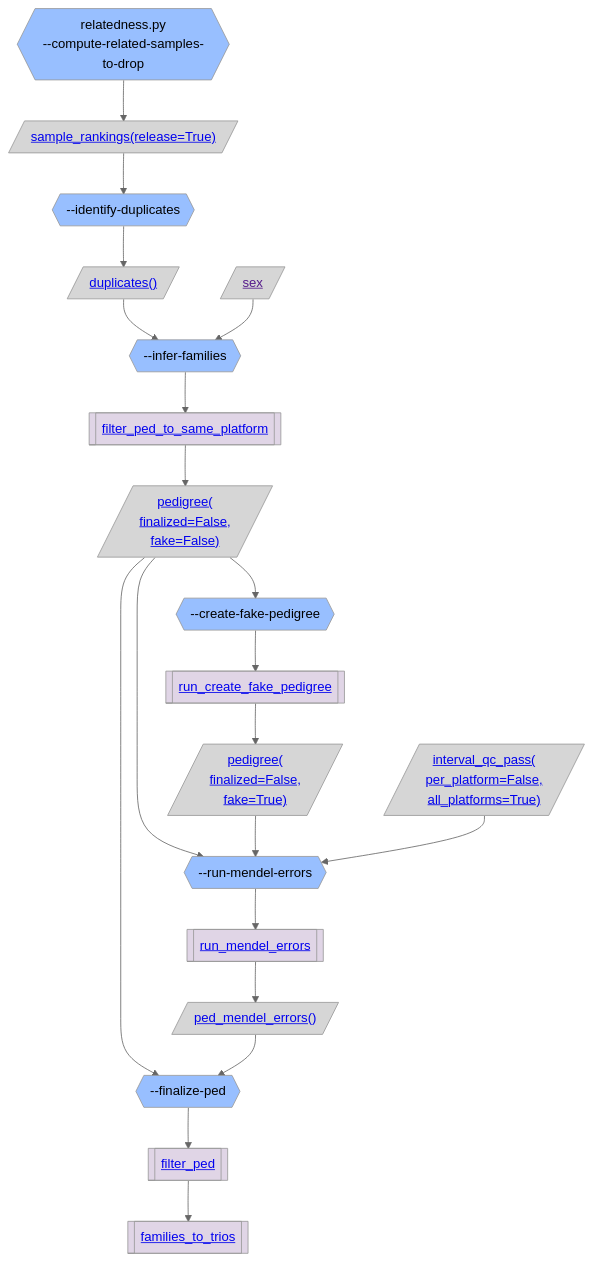
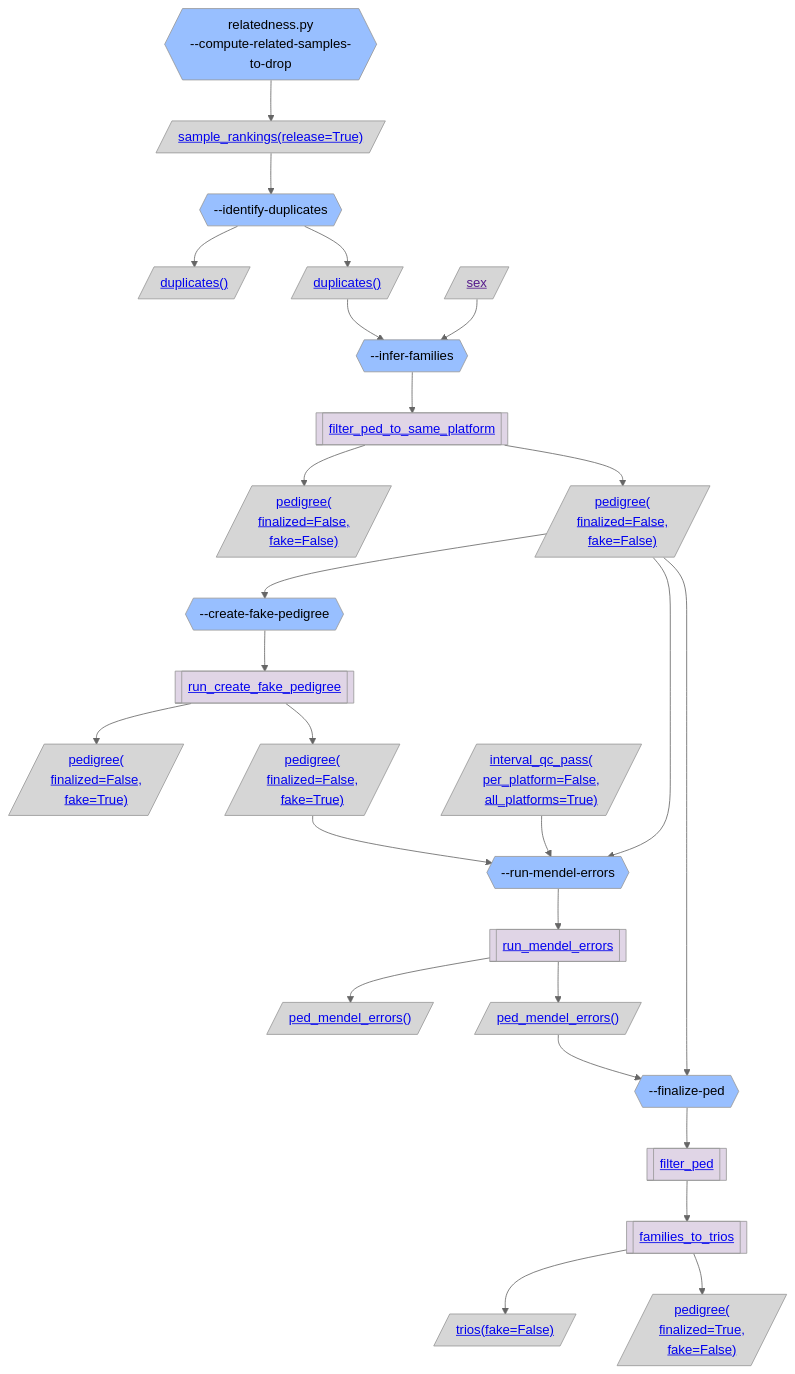
The fourth of 4 diagrams in gnomad_qc/v4/sample_qc/README.md (broadinstitute/gnomad_qc), drawn with Mermaid (neutral theme) before and after one commit. The commit also changed other lines of this file and 3 other files, not shown here.

````diff
--- a/gnomad_qc/v4/sample_qc/README.md
+++ b/gnomad_qc/v4/sample_qc/README.md
@@ -384,55 +425,73 @@
 ```mermaid
 flowchart TB;
   classDef script_color fill:#2C5D4A,color:#000000
   classDef step_color fill:#98BFFF,color:#000000
   classDef func_color fill:#E0D5E6,color:#000000
   classDef gnomad_methods_color fill:#F9F2CE,color:#000000
   classDef hail_color fill:#FAEACE,color:#000000
   classDef resource_color fill:#D6D6D6,color:#000000
   classDef validity_check_color fill:#2C5D4A,color:#000000
 
   step_compute_related_samples_to_drop{{"relatedness.py
 --compute-related-samples-to-drop"}}:::step_color;
   resource_sample_rankings_release_True[/"<a href='https://github.com/broadinstitute/gnomad_qc/tree/main/gnomad_qc/v4/resources/sample_qc.py#L547'>sample_rankings(release=True)</a>"/]:::resource_color;
   step_identify_duplicates{{"--identify-duplicates"}}:::step_color;
+  duplicates_[/"<a href='https://github.com/broadinstitute/gnomad_qc/tree/main/gnomad_qc/v4/resources/sample_qc.py#L895'>duplicates()</a>"/]:::resource_color;
   resource_duplicates_[/"<a href='https://github.com/broadinstitute/gnomad_qc/tree/main/gnomad_qc/v4/resources/sample_qc.py#L895'>duplicates()</a>"/]:::resource_color;
   step_infer_families{{"--infer-families"}}:::step_color;
   func_filter_ped_to_same_platform[["<a href='https://github.com/broadinstitute/gnomad_qc/tree/main/gnomad_qc/v4/sample_qc/identify_trios.py#L188'>filter_ped_to_same_platform</a>"]]:::func_color;
+  pedigree_finalized_False_fake_False[/"<a href='https://github.com/broadinstitute/gnomad_qc/tree/main/gnomad_qc/v4/resources/sample_qc.py#L913'>pedigree(
+finalized=False,
+fake=False)</a>"/]:::resource_color;
   resource_sex[/"<a href=''>sex</a>"/]:::resource_color;
   resource_pedigree_finalized_False_fake_False[/"<a href='https://github.com/broadinstitute/gnomad_qc/tree/main/gnomad_qc/v4/resources/sample_qc.py#L913'>pedigree(
 finalized=False,
 fake=False)</a>"/]:::resource_color;
   step_create_fake_pedigree{{"--create-fake-pedigree"}}:::step_color;
   func_run_create_fake_pedigree[["<a href='https://github.com/broadinstitute/gnomad_qc/tree/main/gnomad_qc/v4/sample_qc/identify_trios.py#L105'>run_create_fake_pedigree</a>"]]:::func_color;
+  pedigree_finalized_False_fake_True[/"<a href='https://github.com/broadinstitute/gnomad_qc/tree/main/gnomad_qc/v4/resources/sample_qc.py#L913'>pedigree(
+finalized=False,
+fake=True)</a>"/]:::resource_color;
   step_run_mendel_errors{{"--run-mendel-errors"}}:::step_color;
   func_run_mendel_errors[["<a href='https://github.com/broadinstitute/gnomad_qc/tree/main/gnomad_qc/v4/sample_qc/identify_trios.py#L140'>run_mendel_errors</a>"]]:::func_color;
+  ped_mendel_errors_[/"<a href='https://github.com/broadinstitute/gnomad_qc/tree/main/gnomad_qc/v4/resources/sample_qc.py#L966'>ped_mendel_errors()</a>"/]:::resource_color;
   resource_pedigree_finalized_False_fake_True[/"<a href='https://github.com/broadinstitute/gnomad_qc/tree/main/gnomad_qc/v4/resources/sample_qc.py#L913'>pedigree(
 finalized=False,
 fake=True)</a>"/]:::resource_color;
   resource_interval_qc_pass_per_platform_False_all_platforms_True[/"<a href='https://github.com/broadinstitute/gnomad_qc/tree/main/gnomad_qc/v4/resources/sample_qc.py#L306'>interval_qc_pass(
 per_platform=False,
 all_platforms=True)</a>"/]:::resource_color;
   step_finalize_ped{{"--finalize-ped"}}:::step_color;
   func_filter_ped[["<a href='https://github.com/broadinstitute/gnomad_qc/tree/main/gnomad_qc/v4/sample_qc/identify_trios.py#L218'>filter_ped</a>"]]:::func_color;
   func_families_to_trios[["<a href='https://github.com/broadinstitute/gnomad_qc/tree/main/gnomad_qc/v4/sample_qc/identify_trios.py#L46'>families_to_trios</a>"]]:::func_color;
+  trios_fake_False[/"<a href='https://github.com/broadinstitute/gnomad_qc/tree/main/gnomad_qc/v4/resources/sample_qc.py#L945'>trios(fake=False)</a>"/]:::resource_color;
+  pedigree_finalized_True_fake_False[/"<a href='https://github.com/broadinstitute/gnomad_qc/tree/main/gnomad_qc/v4/resources/sample_qc.py#L913'>pedigree(
+finalized=True,
+fake=False)</a>"/]:::resource_color;
   resource_ped_mendel_errors_[/"<a href='https://github.com/broadinstitute/gnomad_qc/tree/main/gnomad_qc/v4/resources/sample_qc.py#L966'>ped_mendel_errors()</a>"/]:::resource_color;
   step_compute_related_samples_to_drop --> resource_sample_rankings_release_True;
   resource_sample_rankings_release_True --> step_identify_duplicates;
+  step_identify_duplicates --> duplicates_;
   step_identify_duplicates --> resource_duplicates_;
   resource_duplicates_ --> step_infer_families;
   step_infer_families --> func_filter_ped_to_same_platform;
+  func_filter_ped_to_same_platform --> pedigree_finalized_False_fake_False;
   resource_sex --> step_infer_families;
   func_filter_ped_to_same_platform --> resource_pedigree_finalized_False_fake_False;
   resource_pedigree_finalized_False_fake_False --> step_create_fake_pedigree;
   step_create_fake_pedigree --> func_run_create_fake_pedigree;
+  func_run_create_fake_pedigree --> pedigree_finalized_False_fake_True;
   resource_pedigree_finalized_False_fake_False --> step_run_mendel_errors;
   step_run_mendel_errors --> func_run_mendel_errors;
+  func_run_mendel_errors --> ped_mendel_errors_;
   func_run_create_fake_pedigree --> resource_pedigree_finalized_False_fake_True;
   resource_pedigree_finalized_False_fake_True --> step_run_mendel_errors;
   resource_interval_qc_pass_per_platform_False_all_platforms_True --> step_run_mendel_errors;
   resource_pedigree_finalized_False_fake_False --> step_finalize_ped;
   step_finalize_ped --> func_filter_ped;
   func_filter_ped --> func_families_to_trios;
+  func_families_to_trios --> trios_fake_False;
+  func_families_to_trios --> pedigree_finalized_True_fake_False;
   func_run_mendel_errors --> resource_ped_mendel_errors_;
   resource_ped_mendel_errors_ --> step_finalize_ped;
 ```
````
